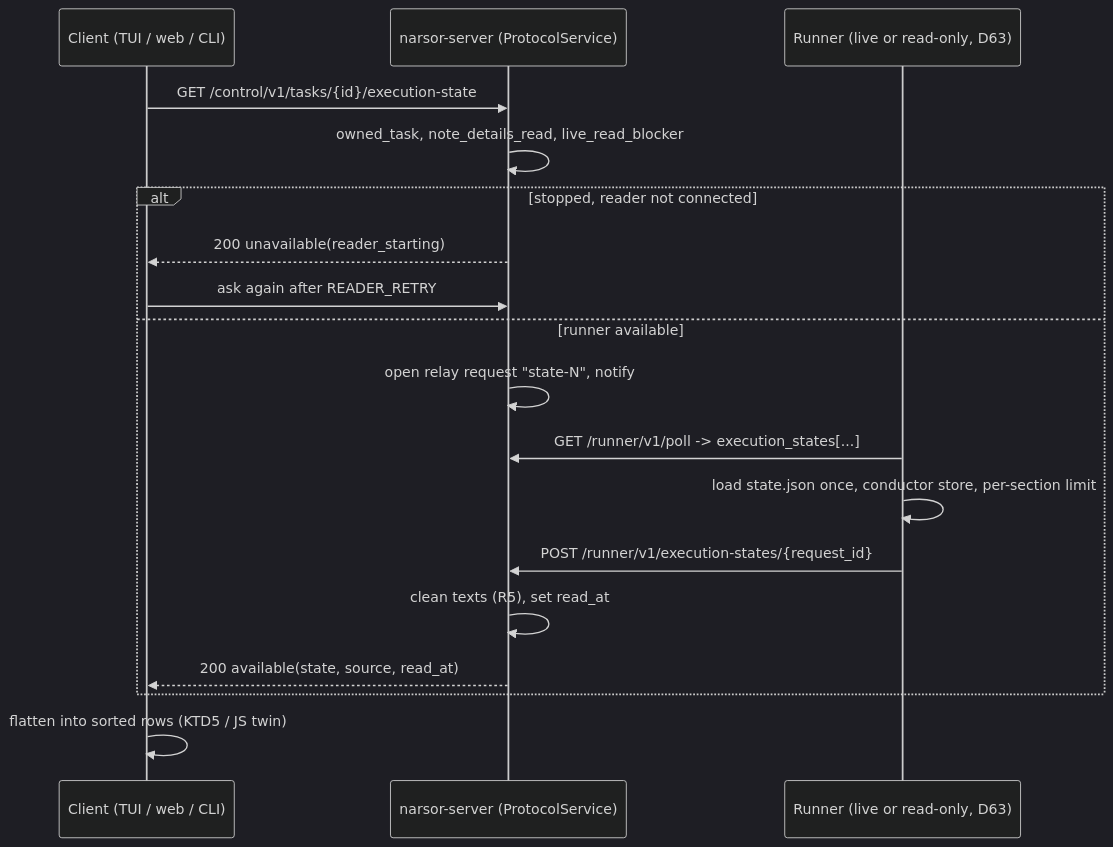
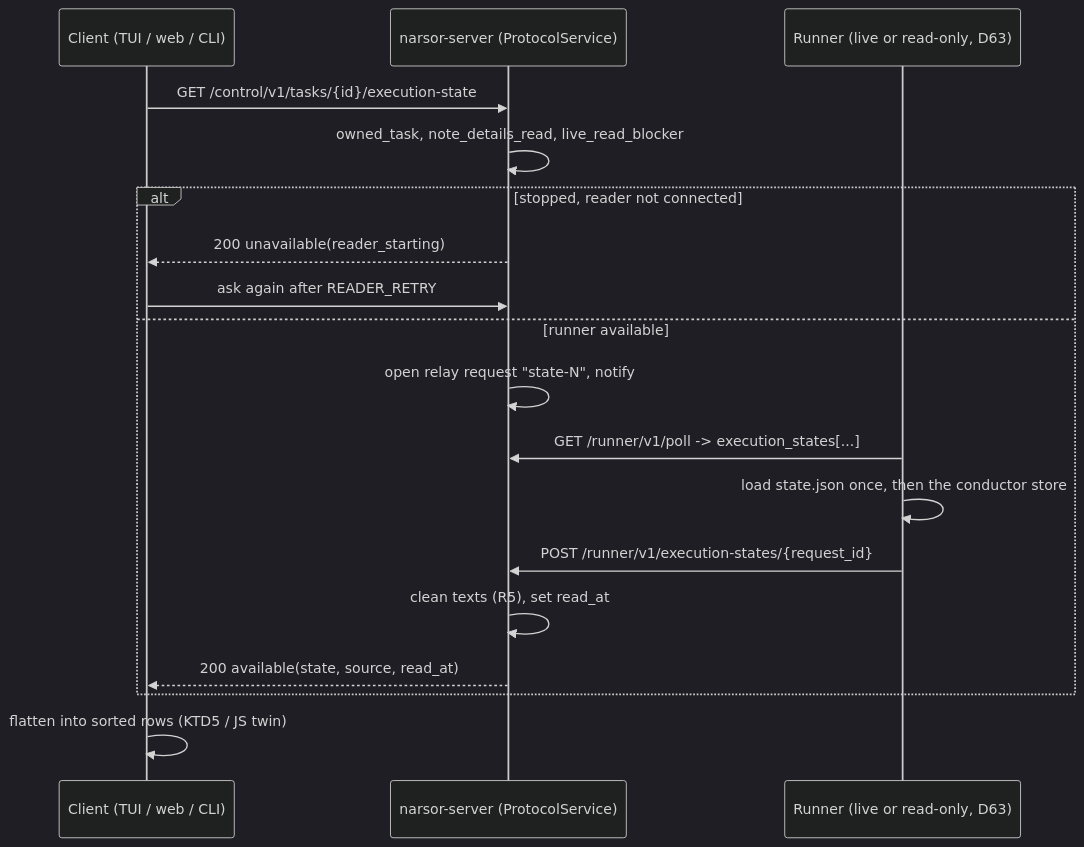
The first of 2 diagrams in docs/plans/2026-11-22-2005-feat-task-state-preview-plan.md (glakartur/narsor), drawn with Mermaid (dark theme) before and after one commit. The commit also changed other lines of this file, not shown here.

````diff
--- a/docs/plans/2026-11-22-2005-feat-task-state-preview-plan.md
+++ b/docs/plans/2026-11-22-2005-feat-task-state-preview-plan.md
@@ -158,20 +158,20 @@
 ```mermaid
 sequenceDiagram
     participant C as Client (TUI / web / CLI)
     participant S as narsor-server (ProtocolService)
     participant R as Runner (live or read-only, D63)
     C->>S: GET /control/v1/tasks/{id}/execution-state
     S->>S: owned_task, note_details_read, live_read_blocker
     alt stopped, reader not connected
         S-->>C: 200 unavailable(reader_starting)
         C->>S: ask again after READER_RETRY
     else runner available
         S->>S: open relay request "state-N", notify
         R->>S: GET /runner/v1/poll -> execution_states[...]
-        R->>R: load state.json once, conductor store, per-section limit
+        R->>R: load state.json once, then the conductor store
         R->>S: POST /runner/v1/execution-states/{request_id}
         S->>S: clean texts (R5), set read_at
         S-->>C: 200 available(state, source, read_at)
     end
     C->>C: flatten into sorted rows (KTD5 / JS twin)
 ```
````
